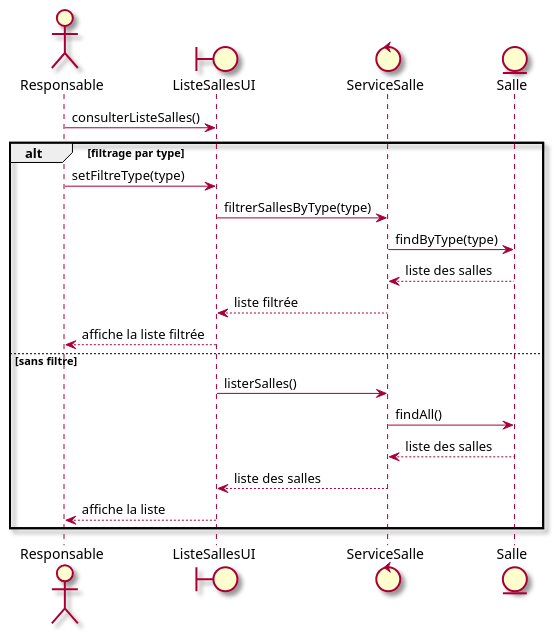
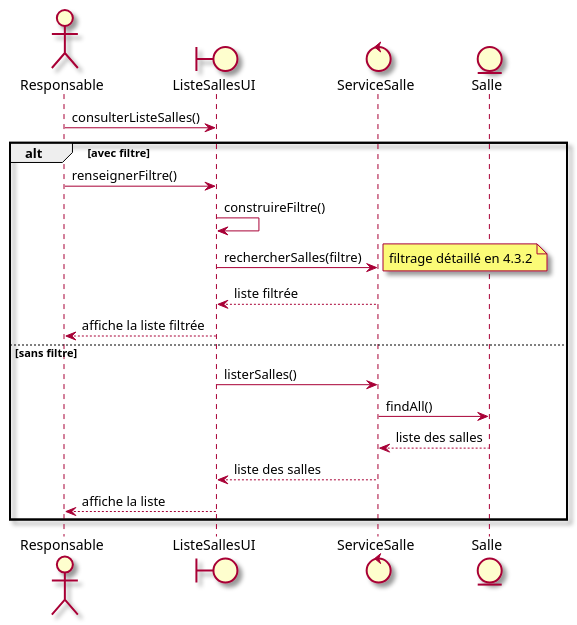
Diagram 25 of 60 in docs/02-Analyse.md (mrajaonson/glg204-room-management-system), drawn with PlantUML before and after one commit. The commit also changed other lines of this file and 4 other files, not shown here.

````diff
--- a/docs/02-Analyse.md
+++ b/docs/02-Analyse.md
@@ -829,26 +830,26 @@
 ```plantuml
 @startuml
 skin rose
 
 actor Responsable as r
 boundary ListeSallesUI as ui
 control ServiceSalle as svc
 entity Salle as salle
 
 r -> ui : consulterListeSalles()
-alt filtrage par type
-  r -> ui : setFiltreType(type)
-  ui -> svc : filtrerSallesByType(type)
-  svc -> salle : findByType(type)
-  salle --> svc : liste des salles
+alt avec filtre
+  r -> ui : renseignerFiltre()
+  ui -> ui : construireFiltre()
+  ui -> svc : rechercherSalles(filtre)
+  note right : filtrage détaillé en 4.3.2
   svc --> ui : liste filtrée
   ui --> r : affiche la liste filtrée
 else sans filtre
   ui -> svc : listerSalles()
   svc -> salle : findAll()
   salle --> svc : liste des salles
   svc --> ui : liste des salles
   ui --> r : affiche la liste
 end
 @enduml
 ```
````
